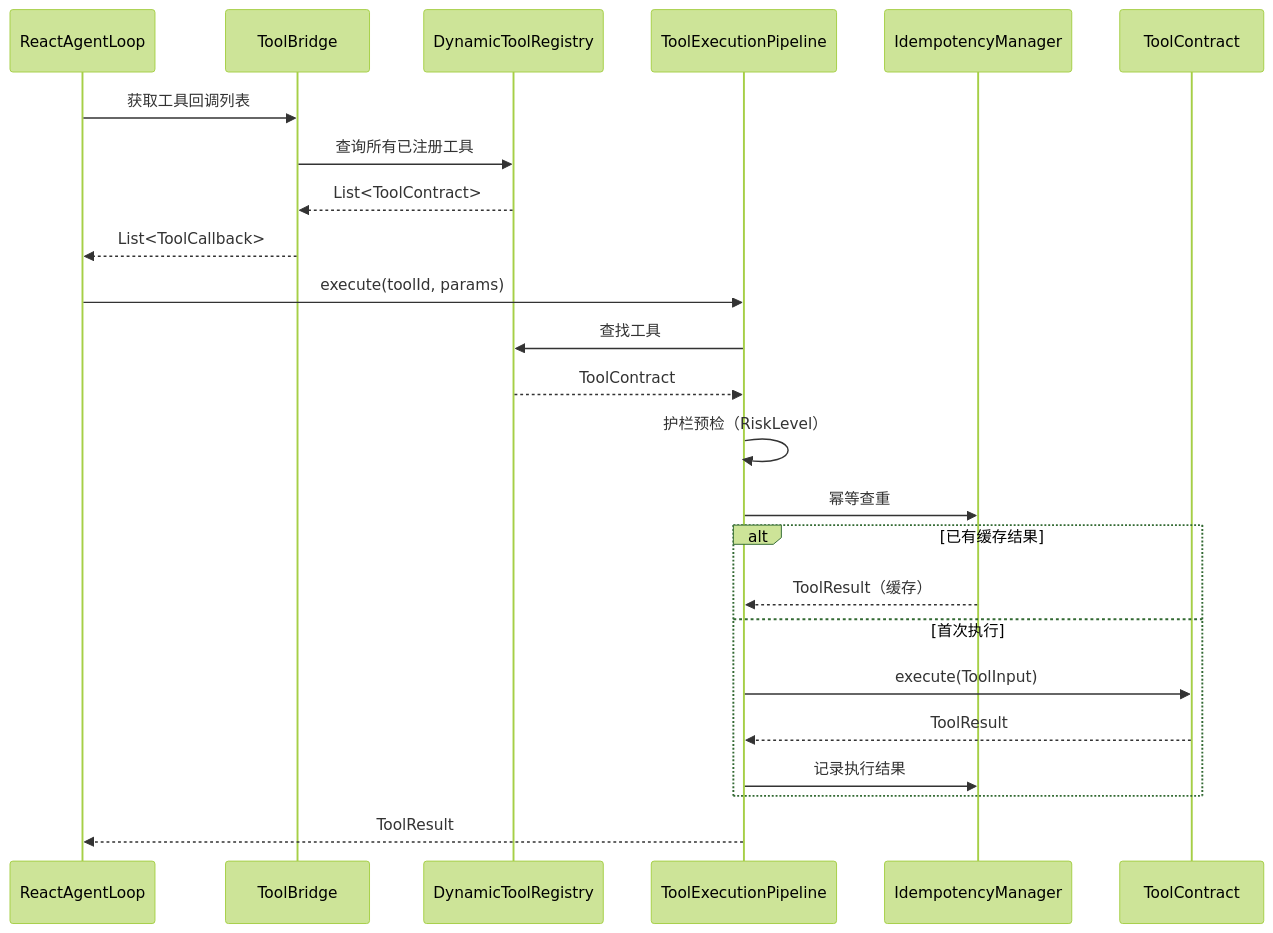
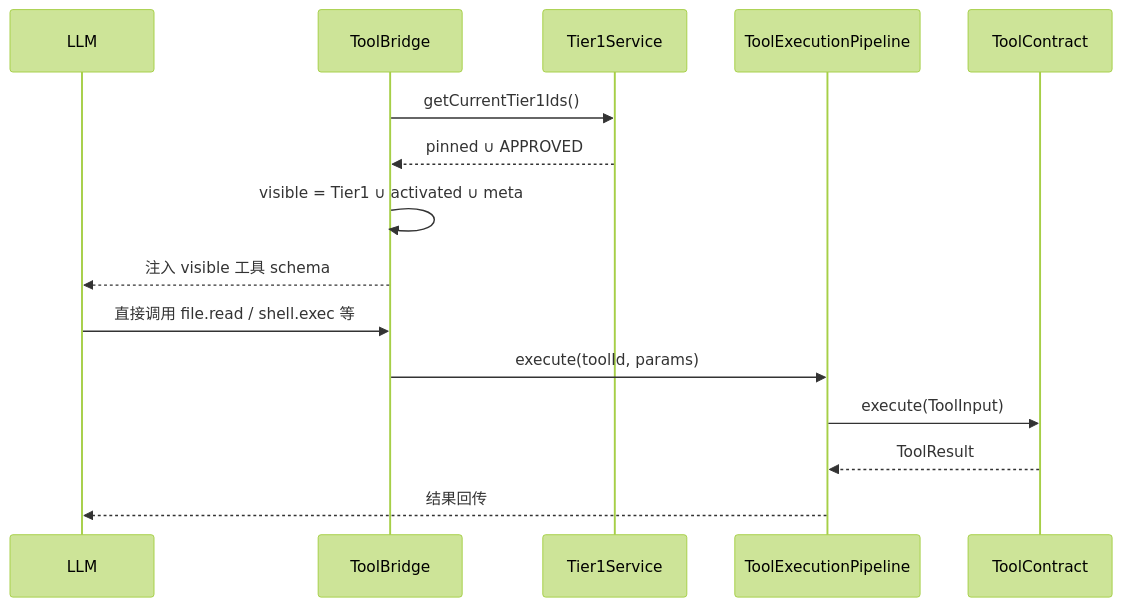
Before and after one commit to ntygod/LifePilot: the second of 4 diagrams in docs/architecture/tool-ecosystem.md, drawn with Mermaid (forest theme). The commit also changed other lines of this file and 263 other files, not shown here.

First line of the commit message:
feat(tool): 工具暴露机制重构（Tier 1 常驻 + BM25 搜索 + 3 个 meta 工具） (#94)

````diff
--- a/docs/architecture/tool-ecosystem.md
+++ b/docs/architecture/tool-ecosystem.md
@@ -88,27 +151,18 @@
 ```mermaid
 sequenceDiagram
-    participant A as ReactAgentLoop
-    participant B as ToolBridge
-    participant R as DynamicToolRegistry
+    participant LLM as LLM
+    participant BR as ToolBridge
+    participant T1 as Tier1Service
     participant P as ToolExecutionPipeline
-    participant I as IdempotencyManager
     participant T as ToolContract
 
-    A->>B: 获取工具回调列表
-    B->>R: 查询所有已注册工具
-    R-->>B: List<ToolContract>
-    B-->>A: List<ToolCallback>
-    A->>P: execute(toolId, params)
-    P->>R: 查找工具
-    R-->>P: ToolContract
-    P->>P: 护栏预检（RiskLevel）
-    P->>I: 幂等查重
-    alt 已有缓存结果
-        I-->>P: ToolResult（缓存）
-    else 首次执行
-        P->>T: execute(ToolInput)
-        T-->>P: ToolResult
-        P->>I: 记录执行结果
-    end
-    P-->>A: ToolResult
+    BR->>T1: getCurrentTier1Ids()
+    T1-->>BR: pinned ∪ APPROVED
+    BR->>BR: visible = Tier1 ∪ activated ∪ meta
+    BR-->>LLM: 注入 visible 工具 schema
+    LLM->>BR: 直接调用 file.read / shell.exec 等
+    BR->>P: execute(toolId, params)
+    P->>T: execute(ToolInput)
+    T-->>P: ToolResult
+    P-->>LLM: 结果回传
 ```
````
